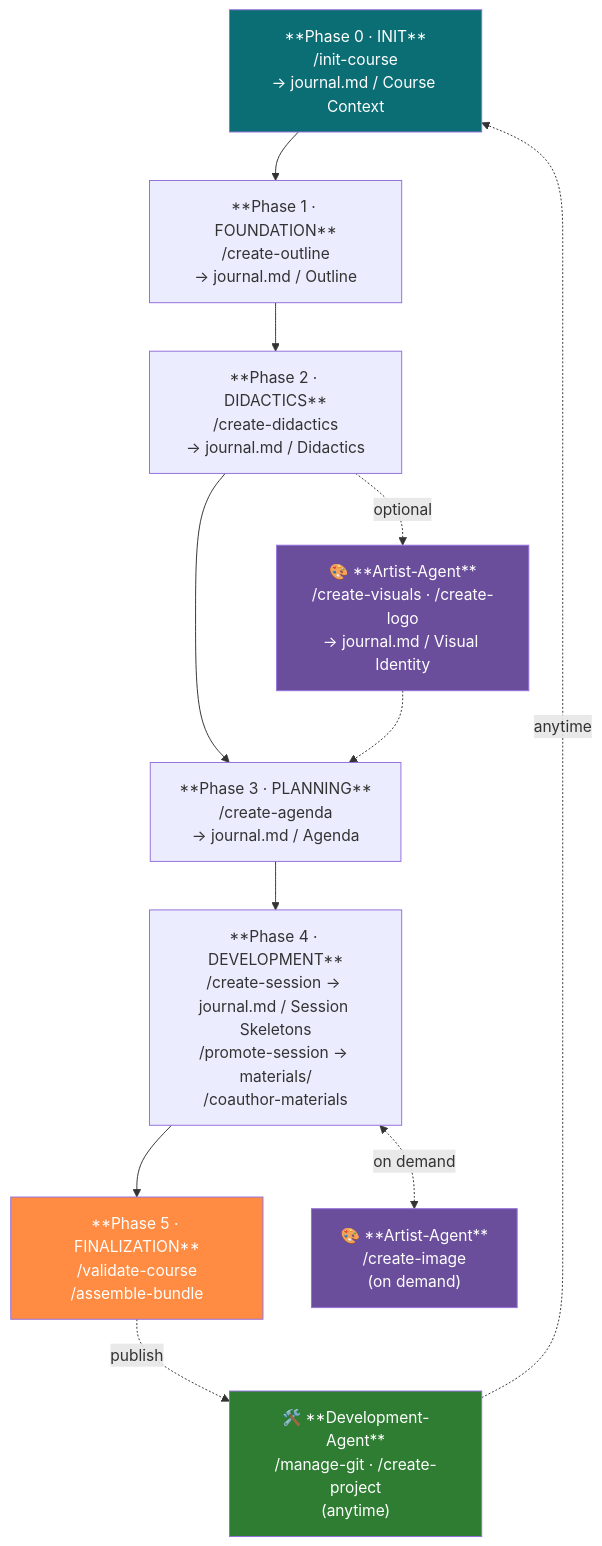
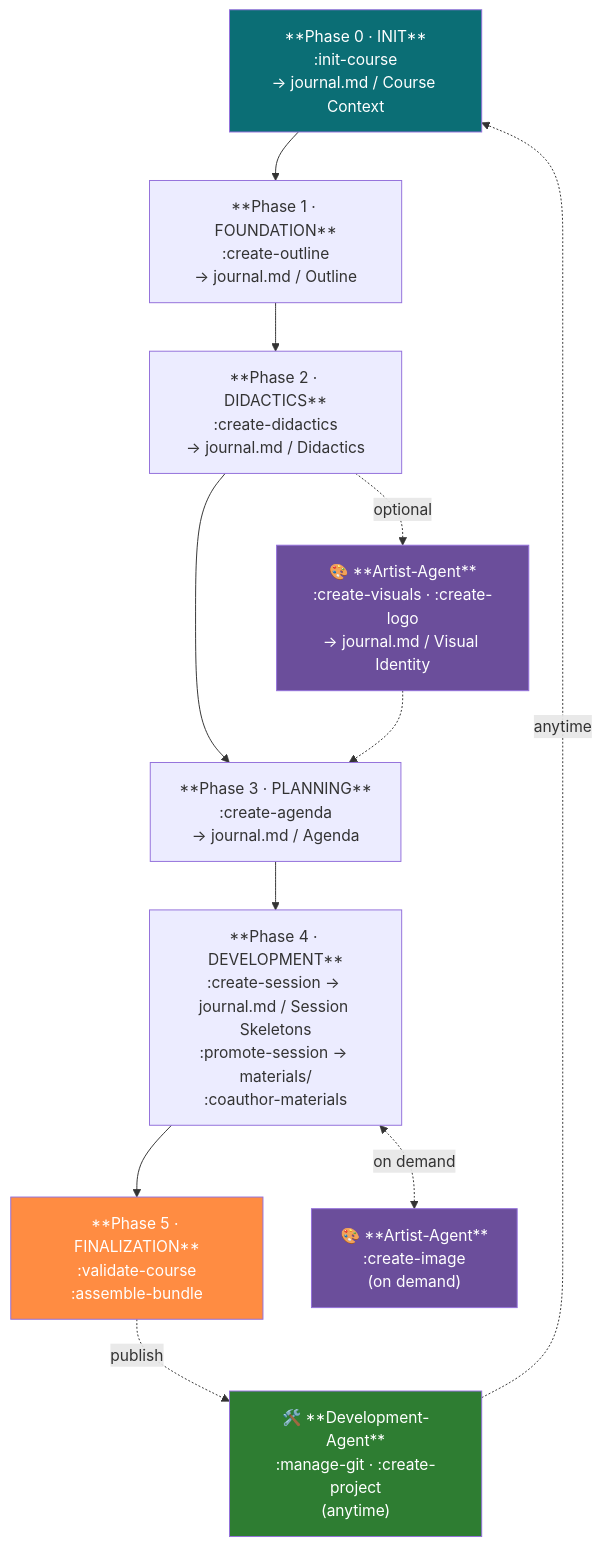
One commit to LiaScript/teaching-agent changed the diagram in README.md. Above: the diagram before and after it, drawn with Mermaid. The commit also changed other lines of this file and 32 other files, not shown here.

````diff
--- a/README.md
+++ b/README.md
@@ -75,25 +75,25 @@
 ```mermaid
 flowchart TD
-    INIT["**Phase 0 · INIT**<br/>/init-course<br/>→ journal.md / Course Context"]
-    OUTLINE["**Phase 1 · FOUNDATION**<br/>/create-outline<br/>→ journal.md / Outline"]
-    DIDACTICS["**Phase 2 · DIDACTICS**<br/>/create-didactics<br/>→ journal.md / Didactics"]
-    AGENDA["**Phase 3 · PLANNING**<br/>/create-agenda<br/>→ journal.md / Agenda"]
-    DEV["**Phase 4 · DEVELOPMENT**<br/>/create-session → journal.md / Session Skeletons<br/>/promote-session → materials/<br/>/coauthor-materials"]
-    FINAL["**Phase 5 · FINALIZATION**<br/>/validate-course<br/>/assemble-bundle"]
+    INIT["**Phase 0 · INIT**<br/>:init-course<br/>→ journal.md / Course Context"]
+    OUTLINE["**Phase 1 · FOUNDATION**<br/>:create-outline<br/>→ journal.md / Outline"]
+    DIDACTICS["**Phase 2 · DIDACTICS**<br/>:create-didactics<br/>→ journal.md / Didactics"]
+    AGENDA["**Phase 3 · PLANNING**<br/>:create-agenda<br/>→ journal.md / Agenda"]
+    DEV["**Phase 4 · DEVELOPMENT**<br/>:create-session → journal.md / Session Skeletons<br/>:promote-session → materials/<br/>:coauthor-materials"]
+    FINAL["**Phase 5 · FINALIZATION**<br/>:validate-course<br/>:assemble-bundle"]
 
-    ART1["🎨 **Artist-Agent**<br/>/create-visuals · /create-logo<br/>→ journal.md / Visual Identity"]
-    ART2["🎨 **Artist-Agent**<br/>/create-image<br/>(on demand)"]
-    DEVAGT["🛠️ **Development-Agent**<br/>/manage-git · /create-project<br/>(anytime)"]
+    ART1["🎨 **Artist-Agent**<br/>:create-visuals · :create-logo<br/>→ journal.md / Visual Identity"]
+    ART2["🎨 **Artist-Agent**<br/>:create-image<br/>(on demand)"]
+    DEVAGT["🛠️ **Development-Agent**<br/>:manage-git · :create-project<br/>(anytime)"]
 
     INIT --> OUTLINE --> DIDACTICS --> AGENDA --> DEV --> FINAL
     DIDACTICS -.->|optional| ART1 -.-> AGENDA
     DEV <-.->|on demand| ART2
     FINAL -.->|publish| DEVAGT
     DEVAGT -.->|anytime| INIT
 
     style INIT fill:#0B6E75,color:#fff
     style FINAL fill:#FF8C42,color:#fff
     style ART1 fill:#6B4E9B,color:#fff
     style ART2 fill:#6B4E9B,color:#fff
     style DEVAGT fill:#2E7D32,color:#fff
 ```
````
